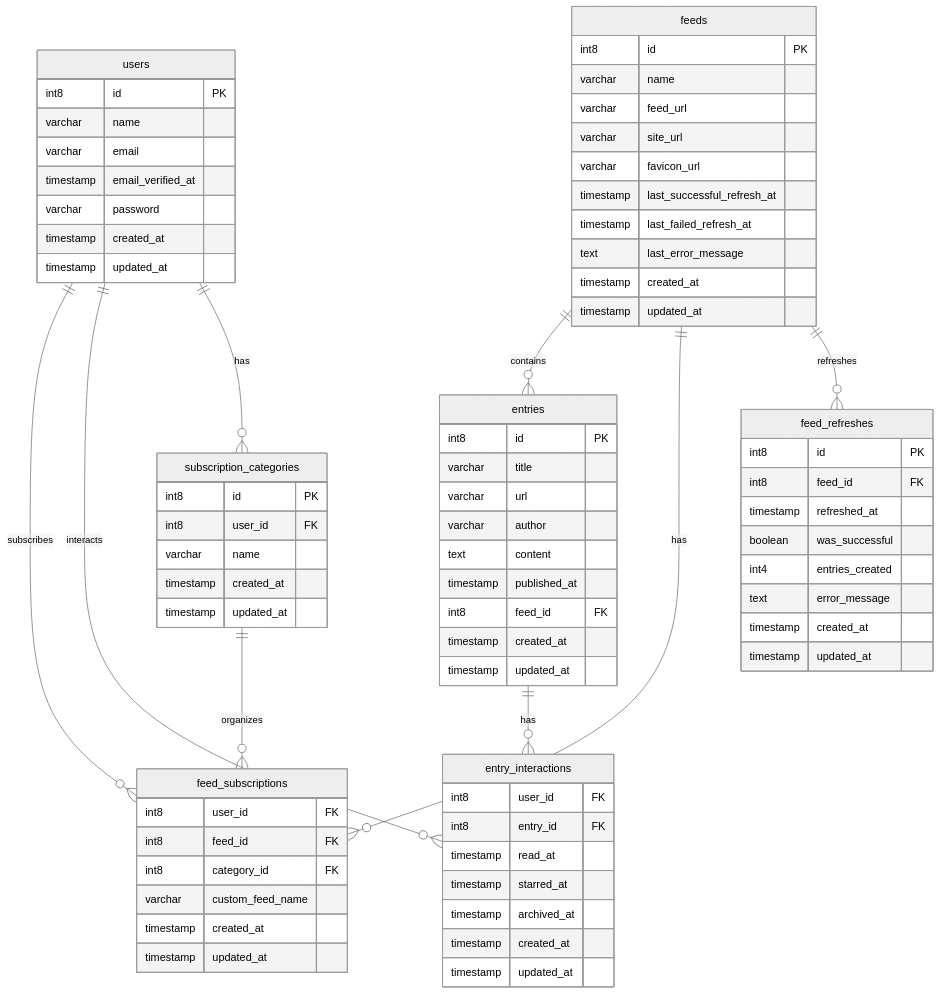
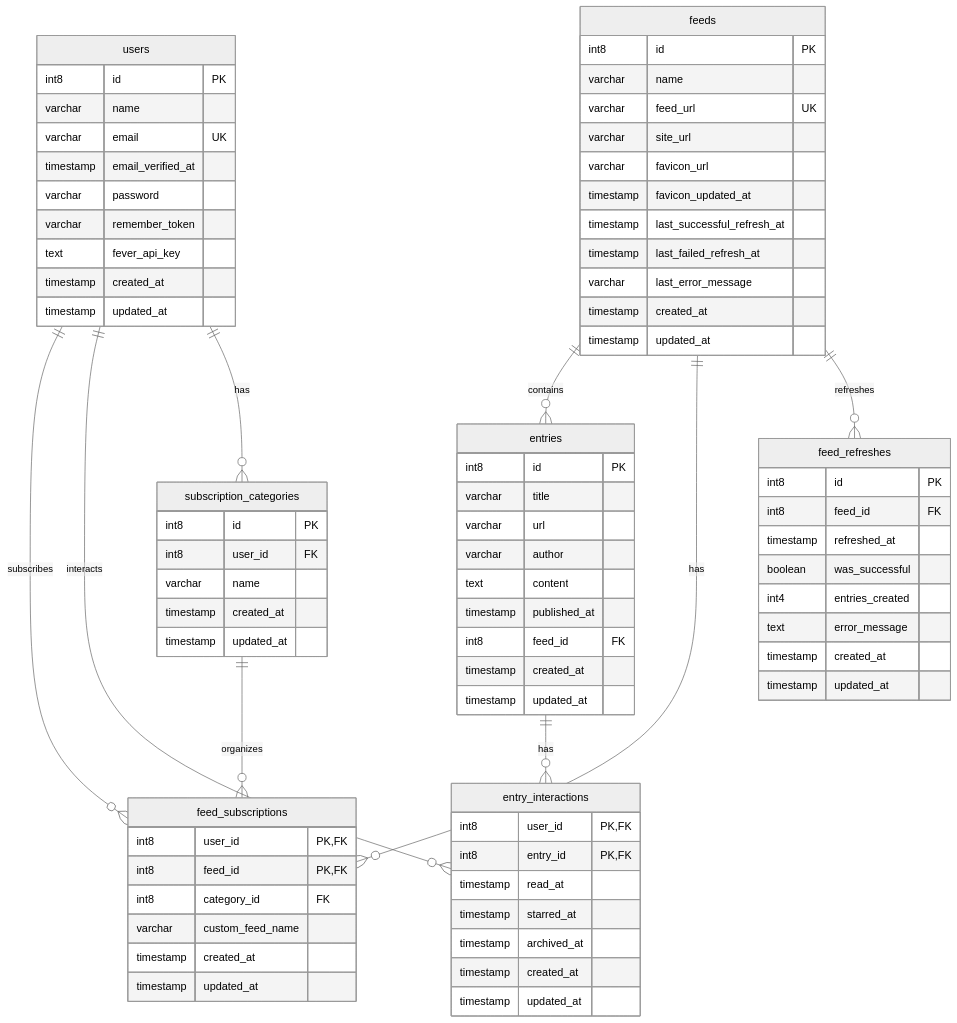
The diagram in README.md (angristan/larafeed), drawn with Mermaid (neutral theme) before and after one commit.

Commit message:
Update DB schema in README

```diff
--- a/README.md
+++ b/README.md
@@ -70,9 +70,11 @@
     users {
         int8 id PK
         varchar name
-        varchar email
+        varchar email UK
         timestamp email_verified_at
         varchar password
+        varchar remember_token
+        text fever_api_key
         timestamp created_at
         timestamp updated_at
     }
@@ -80,12 +82,13 @@
     feeds {
         int8 id PK
         varchar name
-        varchar feed_url
+        varchar feed_url UK
         varchar site_url
         varchar favicon_url
+        timestamp favicon_updated_at
         timestamp last_successful_refresh_at
         timestamp last_failed_refresh_at
-        text last_error_message
+        varchar last_error_message
         timestamp created_at
         timestamp updated_at
     }
@@ -114,8 +117,8 @@
     }
 
     feed_subscriptions {
-        int8 user_id FK
-        int8 feed_id FK
+        int8 user_id PK,FK
+        int8 feed_id PK,FK
         int8 category_id FK
         varchar custom_feed_name
         timestamp created_at
@@ -131,8 +134,8 @@
     }
 
     entry_interactions {
-        int8 user_id FK
-        int8 entry_id FK
+        int8 user_id PK,FK
+        int8 entry_id PK,FK
         timestamp read_at
         timestamp starred_at
         timestamp archived_at
```
